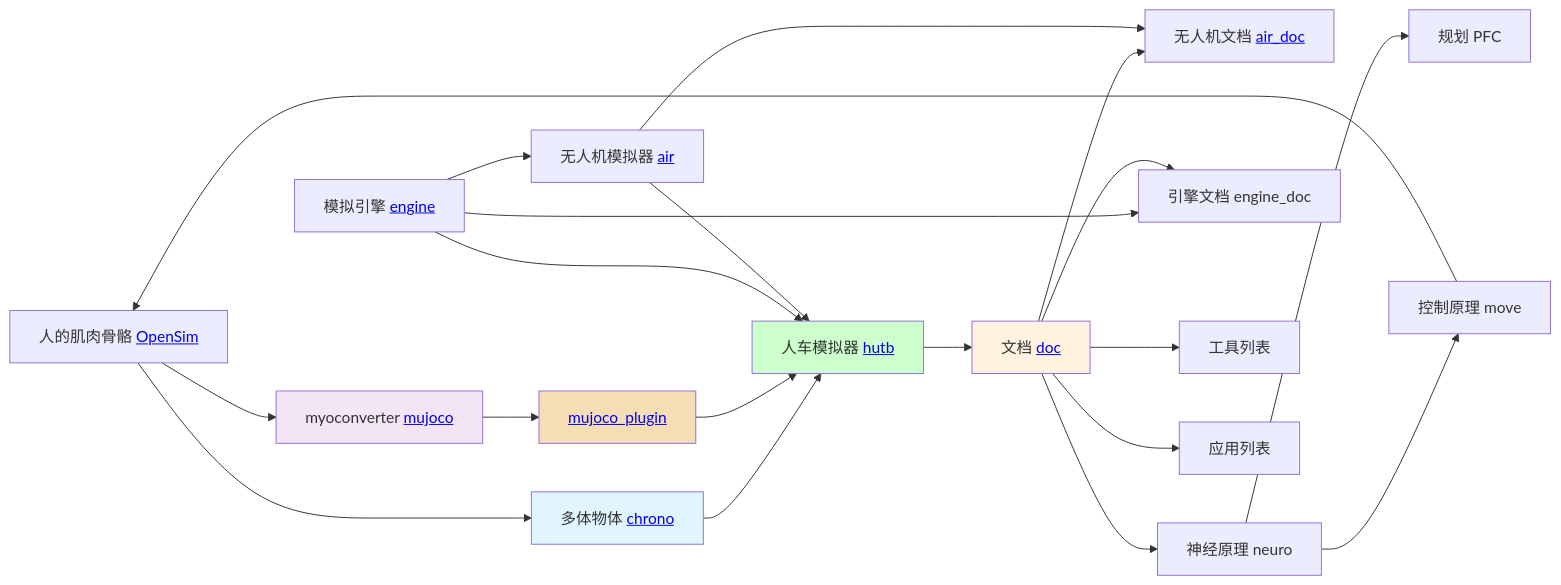
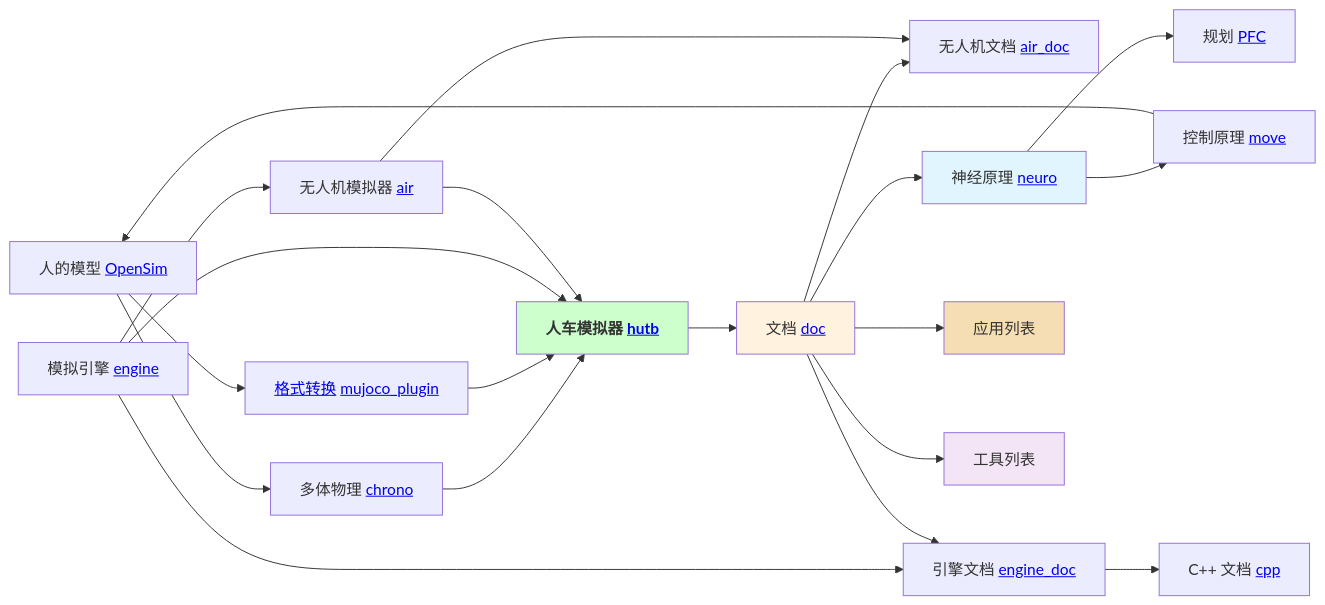
One commit to OpenHUTB/.github changed the first of 3 diagrams in README.md. Above: the diagram before and after it, drawn with Mermaid. The commit also changed other lines of this file, not shown here.

Commit message:
修复项目链接和统一颜色

````diff
--- a/README.md
+++ b/README.md
@@ -22,28 +18,29 @@
 ```mermaid
 graph LR
-    A[人的肌肉骨骼 <a href='https://github.com/OpenHUTB/opensim-core'>OpenSim</a>] --> B[多体物体 <a href='https://github.com/OpenHUTB/chrono'>chrono</a>]
-    B --> C[人车模拟器 <a href='https://github.com/OpenHUTB'>hutb</a>]
-    A --> E[myoconverter <a href='https://github.com/OpenHUTB/mujoco_plugin'>mujoco</a>]
-    E --> F[<a href='https://github.com/OpenHUTB/mujoco_plugin'>mujoco_plugin</a>]
+    A[人的模型 <a href='https://github.com/OpenHUTB/opensim-core'>OpenSim</a>] --> B[多体物理 <a href='https://github.com/OpenHUTB/chrono'>chrono</a>]
+    B --> C[<b>人车模拟器 <a href='https://github.com/OpenHUTB/hutb'>hutb</a> </b>]
+    A --> F[<a href='https://github.com/MyoHub/myoconverter'>格式转换</a> <a href='https://github.com/OpenHUTB/mujoco_plugin'>mujoco_plugin</a> ]
     F --> C
-    C --> D[文档 <a href='https://github.com/OpenHUTB'>doc</a>]
-    D --> H[无人机文档 <a href='https://github.com/OpenHUTB'>air_doc</a>]
-    D --> I[神经原理 neuro]
-    I --> J[规划 PFC]
-    I --> K[控制原理 move]
+    C --> D[文档 <a href='https://github.com/doc'>doc</a>]
+    D --> H[无人机文档 <a href='https://github.com/air_doc'>air_doc</a>]
+    D --> I[神经原理 <a href='https://github.com/neuro'>neuro</a>]
+    I --> J[规划 <a href='https://github.com/PFC'>PFC</a>]
+    I --> K[控制原理 <a href='https://github.com/move'>move</a>]
     K --> A
     L[模拟引擎 <a href='https://github.com/OpenHUTB/engine'>engine</a>] --> C
-    L --> M[引擎文档 engine_doc]
+    L --> M[引擎文档 <a href='https://github.com/OpenHUTB/cpp'>engine_doc</a>]
+    M --> S[C++ 文档 <a href='https://github.com/OpenHUTB/cpp'>cpp</a>]
     D --> M
     L --> N[无人机模拟器 <a href='https://github.com/OpenHUTB/air'>air</a>]
     N --> C
     N --> H
+    D --> R[应用列表]
     D --> Q[工具列表]
-    D --> R[应用列表]
 
-    style B fill:#e1f5fe
+
+    style I fill:#e1f5fe
     style C fill:#ccffcc
     style D fill:#fff3e0
-    style E fill:#f3e5f5
-    style F fill:#F5DEB3
+    style Q fill:#f3e5f5
+    style R fill:#F5DEB3
 ```
````
